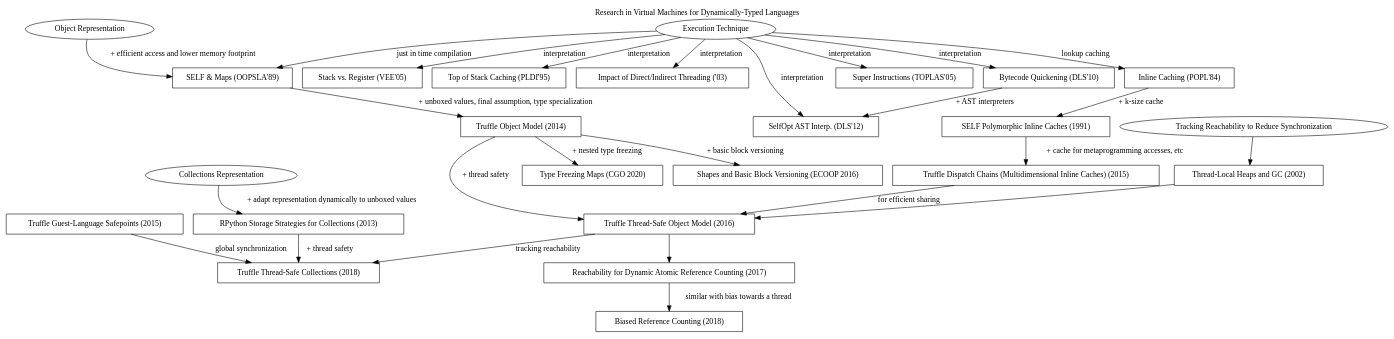
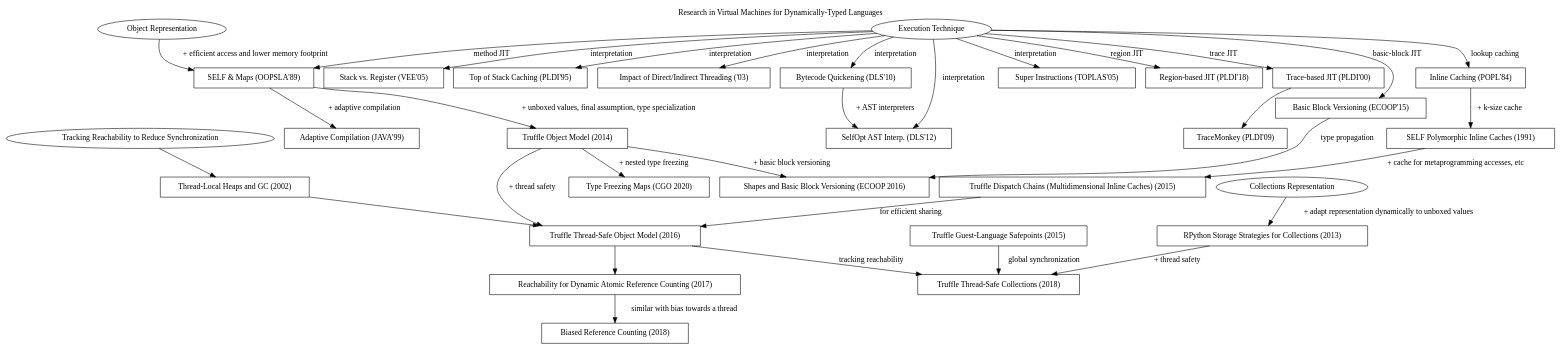
Before and after one commit to eregon/virtual-machines-research-graph: the diagram in graph.dot, drawn with Graphviz.

Commit message:
Added JIT compilation papers

```diff
--- a/graph.dot
+++ b/graph.dot
@@ -1,109 +1,135 @@
 digraph G {
   label = "Research in Virtual Machines for Dynamically-Typed Languages"
   labelloc = "t"
   node [shape = "box"]
 
   # Nodes
   pic [label = "SELF Polymorphic Inline Caches (1991)",
        tooltip = "Optimizing Dynamically-Typed Object-Oriented Languages With Polymorphic Inline Caches",
        URL = "http://bibliography.selflanguage.org/_static/pics.pdf"]
   mpic [label = "Truffle Dispatch Chains (Multidimensional Inline Caches) (2015)",
         tooltip = "Zero-Overhead Metaprogramming; Reflection and Metaobject Protocols Fast and without Compromises",
         URL = "https://stefan-marr.de/downloads/pldi15-marr-et-al-zero-overhead-metaprogramming.pdf"]
 
   om [label = "Object Representation", shape="oval"]
   maps [label = "SELF & Maps (OOPSLA'89)",
         tooltip = "An Efficient Implementation of SELF a Dynamically-Typed Object-Oriented Language Based on Prototypes",
         URL = "http://www.selflanguage.org/_static/published/implementation.pdf"]
   tosm [label = "Truffle Object Model (2014)",
         tooltip = "An Object Storage Model for the Truffle Language Implementation Framework",
         URL = "https://chrisseaton.com/rubytruffle/pppj14-om/pppj14-om.pdf"]
   tso [label = "Truffle Thread-Safe Object Model (2016)",
        tooltip = "Efficient and Thread-Safe Objects for Dynamically-Typed Languages",
        URL = "https://eregon.me/blog/assets/research/thread-safe-objects.pdf"]
 
   glsp [label = "Truffle Guest-Language Safepoints (2015)",
         tooltip = "Techniques and Applications for Guest-Language Safepoints",
         URL = "https://eregon.me/blog/assets/research/guest-language-safepoints.pdf"]
 
   freezing [label = "Type Freezing Maps (CGO 2020)",
             tooltip = "Type Freezing: Exploiting Attribute Type Monomorphism in Tracing JIT Compilers",
             URL = "https://doi.org/10.1145/3368826.3377907"]
   shapesAndBBV [label = "Shapes and Basic Block Versioning (ECOOP 2016)",
                 tooltip = "Interprocedural Type Specialization of JavaScript Programs Without Type Analysis",
                 URL = "https://drops.dagstuhl.de/opus/volltexte/2016/6101/pdf/LIPIcs-ECOOP-2016-7.pdf"]
 
   collections [label = "Collections Representation", shape="oval"]
   ss [label = "RPython Storage Strategies for Collections (2013)",
       tooltip = "Storage Strategies for Collections in Dynamically Typed Languages",
       URL = "https://tratt.net/laurie/research/pubs/html/bolz_diekmann_tratt__storage_strategies_for_collections_in_dynamically_typed_languages/"]
   tsc [label = "Truffle Thread-Safe Collections (2018)",
        tooltip = "Parallelization of Dynamic Languages: Synchronizing Built-in Collections",
        URL = "https://eregon.me/blog/assets/research/thread-safe-collections.pdf"]
 
   reachability [label = "Tracking Reachability to Reduce Synchronization", shape="oval"]
   domani [label = "Thread-Local Heaps and GC (2002)",
           tooltip = "Thread-Local Heaps for Java",
           URL = "http://citeseerx.ist.psu.edu/viewdoc/download?doi=10.1.1.63.5846&amp;rep=rep1&amp;type=pdf"]
   rarc [label = "Reachability for Dynamic Atomic Reference Counting (2017)",
         tooltip = "Dynamic Atomicity: Optimizing Swift Memory Management",
         URL = "https://dl.acm.org/doi/10.1145/3133841.3133843"]
   brc [label = "Biased Reference Counting (2018)",
        tooltip = "Biased Reference Counting: Minimizing Atomic Operations in Garbage Collection",
        URL = "https://iacoma.cs.uiuc.edu/iacoma-papers/pact18.pdf"]
 
   exe [label = "Execution Technique", shape="oval"]
   stackVsReg [label = "Stack vs. Register (VEE'05)",
        tooltip = "Virtual Machine Showdown: Stack Versus Registers",
        URL = "https://www.usenix.org/legacy/events%2Fvee05%2Ffull_papers/p153-yunhe.pdf"]
   topOfStack [label = "Top of Stack Caching (PLDI'95)",
        tooltip = "Stack Caching for Interpreters",
        URL = "http://www2.cs.arizona.edu/~collberg/Teaching/553/2011/Resources/ertl94sc.pdf"]
   directIndirect [label = "Impact of Direct/Indirect Threading ('03)",
        tooltip = "The Structure and Performance of Efficient Interpreters",
        URL = "https://www.jilp.org/vol5/v5paper12.pdf"]
   selfOptAst [label = "SelfOpt AST Interp. (DLS'12)",
        tooltip = "Self-Optimizing AST Interpreters",
        URL = "http://lafo.ssw.uni-linz.ac.at/papers/2012_DLS_SelfOptimizingASTInterpreters.pdf"]
   superInstructions [label = "Super Instructions (TOPLAS'05)",
        tooltip = "Optimizing Indirect Branch Prediction Accuracy in Virtual Machine Interpreters",
        URL = "https://www.scss.tcd.ie/David.Gregg/papers/toplas05.pdf"]
   quickening [label = "Bytecode Quickening (DLS'10)",
        tooltip = "Efficient Interpretation Using Quickening",
        URL = "https://publications.sba-research.org/publications/dls10.pdf"]
 
   inlineCaching [label = "Inline Caching (POPL'84)",
        tooltip = "Efficient Implementation of the Smalltalk-80 System",
        URL = "http://web.cs.ucla.edu/~palsberg/course/cs232/papers/DeutschSchiffman-popl84.pdf"]
 
+
+  adaptiveJit [label = "Adaptive Compilation (JAVA'99)",
+       tooltip = "The Jalapeño Dynamic Optimizing Compiler for Java",
+       URL = "https://pdfs.semanticscholar.org/8738/ba4b09cac68ad1ab7d036a6d5e40a17ee2c7.pdf"]
+
+  regionBased [label = "Region-based JIT (PLDI'18)",
+       tooltip = "HHVM JIT: A Profile-guided, Region-based Compiler for PHP and Hack",
+       URL = "https://research.fb.com/wp-content/uploads/2018/04/hhvm-jit-a-profile-guided-region-based-compiler-for-php-and-hack.pdf"]
+  traceBased [label = "Trace-based JIT (PLDI'00)",
+       tooltip = "Dynamo: A Transparent Dynamic Optimization System",
+       URL = "https://www.complang.tuwien.ac.at/andi/bala.pdf"]
+  traceMonkey [label = "TraceMonkey (PLDI'09)",
+       tooltip = "Trace-based Just-in-time Type Specialization for Dynamic Languages",
+       URL = "http://dept.cs.williams.edu/~freund/cs434/gal-trace.pdf"]
+
+
+  basicBlockVersioning [label = "Basic Block Versioning (ECOOP'15)",
+       tooltip = "Simple and Effective Type Check Removal through Lazy Basic Block Versioning",
+       URL = "https://drops.dagstuhl.de/opus/volltexte/2015/5219/pdf/9.pdf"]
+
   # Edges
   inlineCaching -> pic [label = "+ k-size cache"]
   pic -> mpic [label = "+ cache for metaprogramming accesses, etc"]
   mpic -> tso [label = "for efficient sharing"]
 
   om -> maps [label = "+ efficient access and lower memory footprint"]
   maps -> tosm [label = "+ unboxed values, final assumption, type specialization"]
   tosm -> tso [label = "+ thread safety"]
   tosm -> shapesAndBBV [label = "+ basic block versioning"]
   tosm -> freezing [label = "+ nested type freezing"]
   tso -> rarc
   rarc -> brc [label = "similar with bias towards a thread"]
 
   reachability -> domani
   domani -> tso
 
   tso -> tsc [label = "tracking reachability"]
   glsp -> tsc [label = "global synchronization"]
   collections -> ss [label = "+ adapt representation dynamically to unboxed values"]
   ss -> tsc [label = "+ thread safety"]
 
   exe -> inlineCaching [label = "lookup caching"]
   exe -> directIndirect [label = "interpretation"]
   exe -> stackVsReg [label = "interpretation"]
   exe -> topOfStack [label = "interpretation"]
   exe -> superInstructions [label = "interpretation"]
   exe -> selfOptAst [label = "interpretation"]
   exe -> quickening [label = "interpretation"]
   quickening -> selfOptAst [label = "+ AST interpreters"]
-  exe -> maps [label = "just in time compilation"]
+  exe -> maps [label = "method JIT"]
+  exe -> regionBased [label = "region JIT"]
+  exe -> traceBased [label = "trace JIT"]
+  exe -> basicBlockVersioning [label = "basic-block JIT"]
+  basicBlockVersioning -> shapesAndBBV [label = "type propagation"]
+  traceBased -> traceMonkey
+  maps -> adaptiveJit [label = "+ adaptive compilation"]
 }
```
